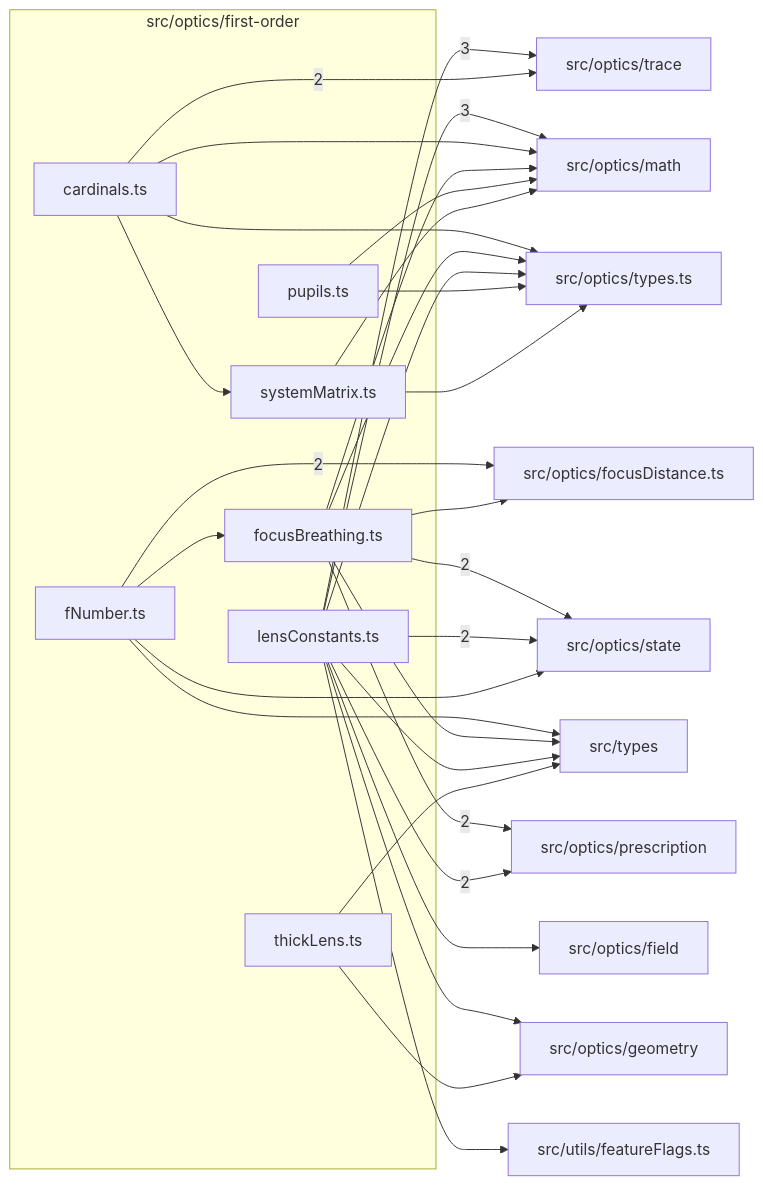
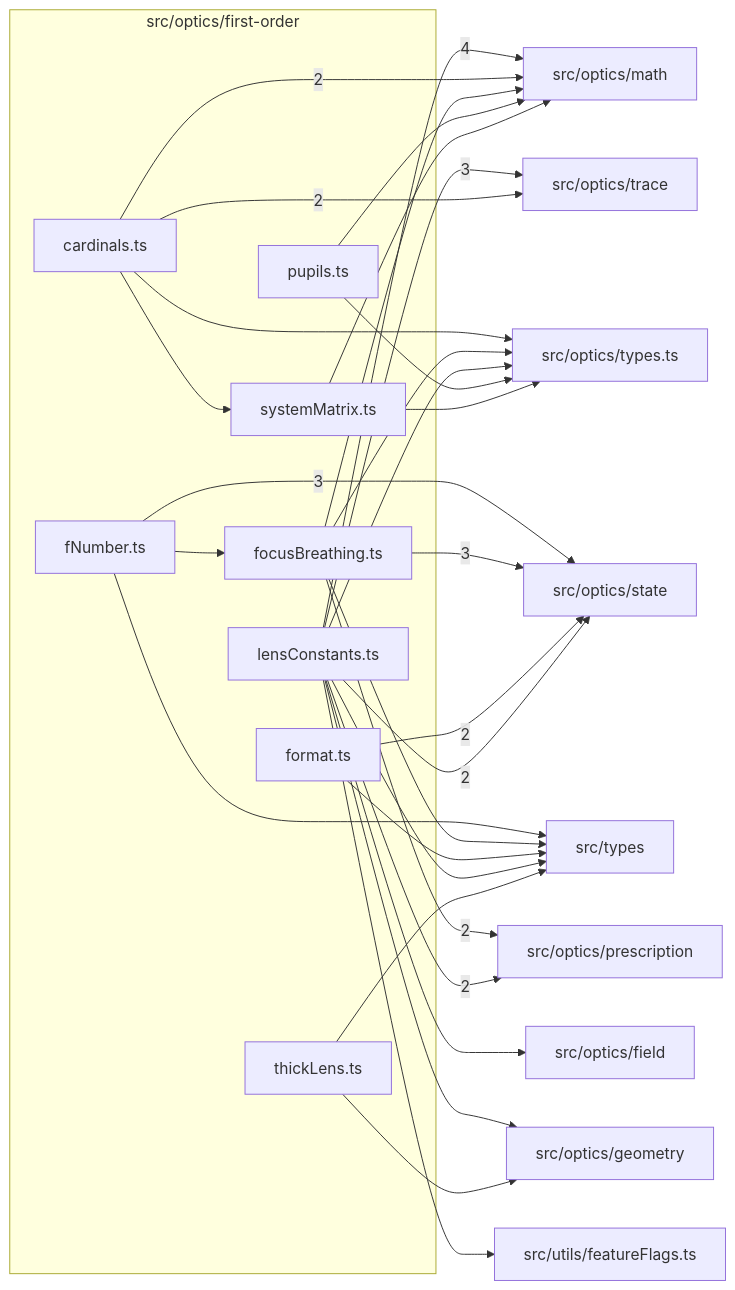
One commit to ronbuening/LensVisualizer changed the diagram in src/optics/first-order/readme.md. Above: the diagram before and after it, drawn with Mermaid. The commit also changed other lines of this file and 439 other files, not shown here.

````diff
--- a/src/optics/first-order/readme.md
+++ b/src/optics/first-order/readme.md
@@ -9,51 +9,51 @@
 ```mermaid
 flowchart LR
   subgraph n_src_optics_first_order["src/optics/first-order"]
     n_src_optics_first_order_src_optics_first_order_cardinals_ts["cardinals.ts"]
     n_src_optics_first_order_src_optics_first_order_fNumber_ts["fNumber.ts"]
     n_src_optics_first_order_src_optics_first_order_focusBreathing_ts["focusBreathing.ts"]
+    n_src_optics_first_order_src_optics_first_order_format_ts["format.ts"]
     n_src_optics_first_order_src_optics_first_order_lensConstants_ts["lensConstants.ts"]
     n_src_optics_first_order_src_optics_first_order_pupils_ts["pupils.ts"]
     n_src_optics_first_order_src_optics_first_order_systemMatrix_ts["systemMatrix.ts"]
     n_src_optics_first_order_src_optics_first_order_thickLens_ts["thickLens.ts"]
   end
   n_external_src_optics_math["src/optics/math"]
+  n_external_src_optics_state["src/optics/state"]
   n_external_src_optics_trace["src/optics/trace"]
-  n_external_src_optics_focusDistance_ts["src/optics/focusDistance.ts"]
   n_external_src_optics_prescription["src/optics/prescription"]
-  n_external_src_optics_state["src/optics/state"]
   n_external_src_optics_field["src/optics/field"]
   n_external_src_optics_geometry["src/optics/geometry"]
   n_external_src_optics_types_ts["src/optics/types.ts"]
   n_external_src_types["src/types"]
   n_external_src_utils_featureFlags_ts["src/utils/featureFlags.ts"]
-  n_src_optics_first_order_src_optics_first_order_lensConstants_ts --> |3| n_external_src_optics_math
+  n_src_optics_first_order_src_optics_first_order_lensConstants_ts --> |4| n_external_src_optics_math
+  n_src_optics_first_order_src_optics_first_order_fNumber_ts --> |3| n_external_src_optics_state
+  n_src_optics_first_order_src_optics_first_order_focusBreathing_ts --> |3| n_external_src_optics_state
   n_src_optics_first_order_src_optics_first_order_lensConstants_ts --> |3| n_external_src_optics_trace
-  n_src_optics_first_order_src_optics_first_order_fNumber_ts --> |2| n_external_src_optics_focusDistance_ts
+  n_src_optics_first_order_src_optics_first_order_cardinals_ts --> |2| n_external_src_optics_math
   n_src_optics_first_order_src_optics_first_order_focusBreathing_ts --> |2| n_external_src_optics_prescription
   n_src_optics_first_order_src_optics_first_order_lensConstants_ts --> |2| n_external_src_optics_prescription
-  n_src_optics_first_order_src_optics_first_order_focusBreathing_ts --> |2| n_external_src_optics_state
+  n_src_optics_first_order_src_optics_first_order_format_ts --> |2| n_external_src_optics_state
   n_src_optics_first_order_src_optics_first_order_lensConstants_ts --> |2| n_external_src_optics_state
   n_src_optics_first_order_src_optics_first_order_cardinals_ts --> |2| n_external_src_optics_trace
   n_src_optics_first_order_src_optics_first_order_lensConstants_ts --> n_external_src_optics_field
-  n_src_optics_first_order_src_optics_first_order_focusBreathing_ts --> n_external_src_optics_focusDistance_ts
   n_src_optics_first_order_src_optics_first_order_lensConstants_ts --> n_external_src_optics_geometry
   n_src_optics_first_order_src_optics_first_order_thickLens_ts --> n_external_src_optics_geometry
-  n_src_optics_first_order_src_optics_first_order_cardinals_ts --> n_external_src_optics_math
   n_src_optics_first_order_src_optics_first_order_focusBreathing_ts --> n_external_src_optics_math
   n_src_optics_first_order_src_optics_first_order_pupils_ts --> n_external_src_optics_math
   n_src_optics_first_order_src_optics_first_order_systemMatrix_ts --> n_external_src_optics_math
-  n_src_optics_first_order_src_optics_first_order_fNumber_ts --> n_external_src_optics_state
   n_src_optics_first_order_src_optics_first_order_cardinals_ts --> n_external_src_optics_types_ts
   n_src_optics_first_order_src_optics_first_order_focusBreathing_ts --> n_external_src_optics_types_ts
   n_src_optics_first_order_src_optics_first_order_lensConstants_ts --> n_external_src_optics_types_ts
   n_src_optics_first_order_src_optics_first_order_pupils_ts --> n_external_src_optics_types_ts
   n_src_optics_first_order_src_optics_first_order_systemMatrix_ts --> n_external_src_optics_types_ts
   n_src_optics_first_order_src_optics_first_order_fNumber_ts --> n_external_src_types
   n_src_optics_first_order_src_optics_first_order_focusBreathing_ts --> n_external_src_types
+  n_src_optics_first_order_src_optics_first_order_format_ts --> n_external_src_types
   n_src_optics_first_order_src_optics_first_order_lensConstants_ts --> n_external_src_types
   n_src_optics_first_order_src_optics_first_order_thickLens_ts --> n_external_src_types
   n_src_optics_first_order_src_optics_first_order_lensConstants_ts --> n_external_src_utils_featureFlags_ts
   n_src_optics_first_order_src_optics_first_order_fNumber_ts --> n_src_optics_first_order_src_optics_first_order_focusBreathing_ts
   n_src_optics_first_order_src_optics_first_order_cardinals_ts --> n_src_optics_first_order_src_optics_first_order_systemMatrix_ts
 ```
````
